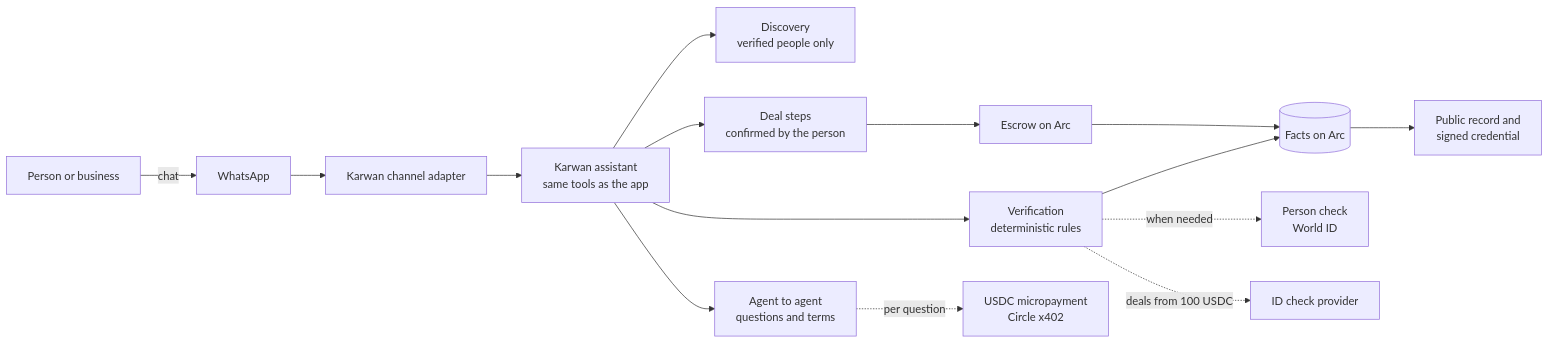
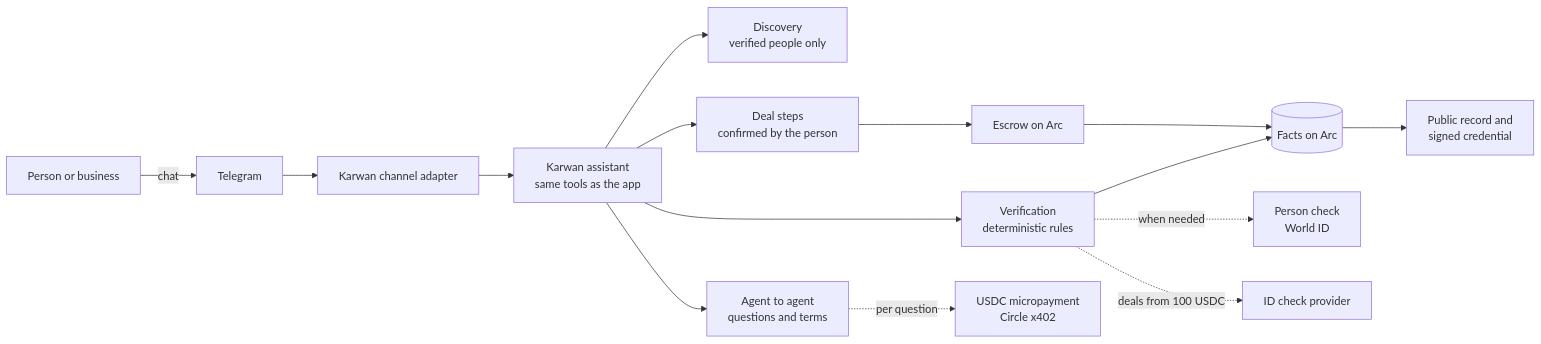
The first of 6 diagrams in docs/architecture/10-verified-network.md (Iziedking/Karwan), drawn with Mermaid before and after one commit. The commit also changed other lines of this file and 70 other files, not shown here.

````diff
--- a/docs/architecture/10-verified-network.md
+++ b/docs/architecture/10-verified-network.md
@@ -28,17 +28,17 @@
 ```mermaid
 flowchart LR
-  P[Person or business] -->|chat| W[WhatsApp]
+  P[Person or business] -->|chat| W[Telegram]
   W --> C[Karwan channel adapter]
   C --> A[Karwan assistant<br/>same tools as the app]
   A --> V[Verification<br/>deterministic rules]
   A --> D[Discovery<br/>verified people only]
   A --> G[Agent to agent<br/>questions and terms]
   A --> E[Deal steps<br/>confirmed by the person]
   V --> F[(Facts on Arc)]
   E --> X[Escrow on Arc]
   X --> F
   F --> R[Public record and<br/>signed credential]
   V -.->|when needed| H[Person check<br/>World ID]
   V -.->|deals from 100 USDC| I[ID check provider]
   G -.->|per question| N[USDC micropayment<br/>Circle x402]
 ```
````
